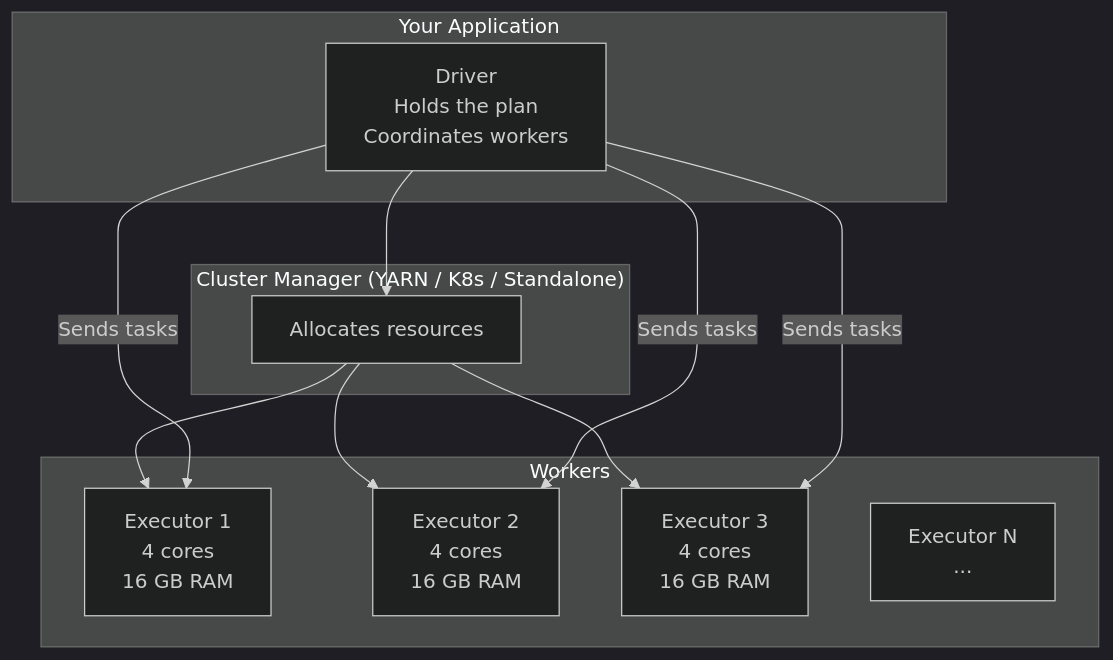
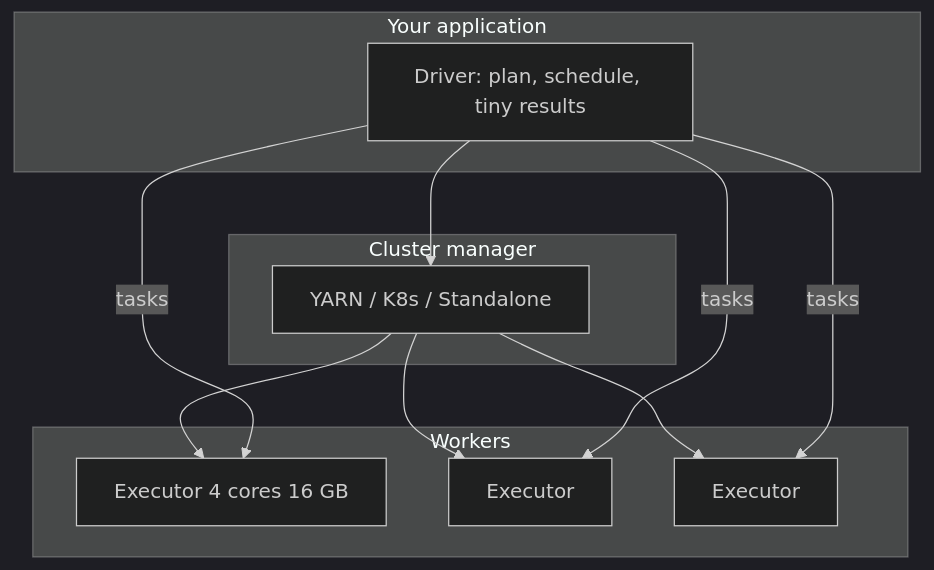
One commit to sanketn26/data-engineering changed the diagram in docs/spark/mental-model.md. Above: the diagram before and after it, drawn with Mermaid (dark theme). The commit also changed other lines of this file and 107 other files, not shown here.

````diff
--- a/docs/spark/mental-model.md
+++ b/docs/spark/mental-model.md
@@ -16,25 +61,21 @@
 ```mermaid
 graph TD
-    subgraph "Your Application"
-        D["Driver\nHolds the plan\nCoordinates workers"]
+    subgraph "Your application"
+        D["Driver: plan, schedule, tiny results"]
     end
-
-    subgraph "Cluster Manager (YARN / K8s / Standalone)"
-        CM["Allocates resources"]
+    subgraph "Cluster manager"
+        CM["YARN / K8s / Standalone"]
     end
-
     subgraph "Workers"
-        E1["Executor 1\n4 cores\n16 GB RAM"]
-        E2["Executor 2\n4 cores\n16 GB RAM"]
-        E3["Executor 3\n4 cores\n16 GB RAM"]
-        E4["Executor N\n..."]
+        E1["Executor 4 cores 16 GB"]
+        E2["Executor"]
+        E3["Executor"]
     end
-
     D --> CM
     CM --> E1
     CM --> E2
     CM --> E3
-    D -->|"Sends tasks"| E1
-    D -->|"Sends tasks"| E2
-    D -->|"Sends tasks"| E3
+    D -->|"tasks"| E1
+    D -->|"tasks"| E2
+    D -->|"tasks"| E3
 ```
````
